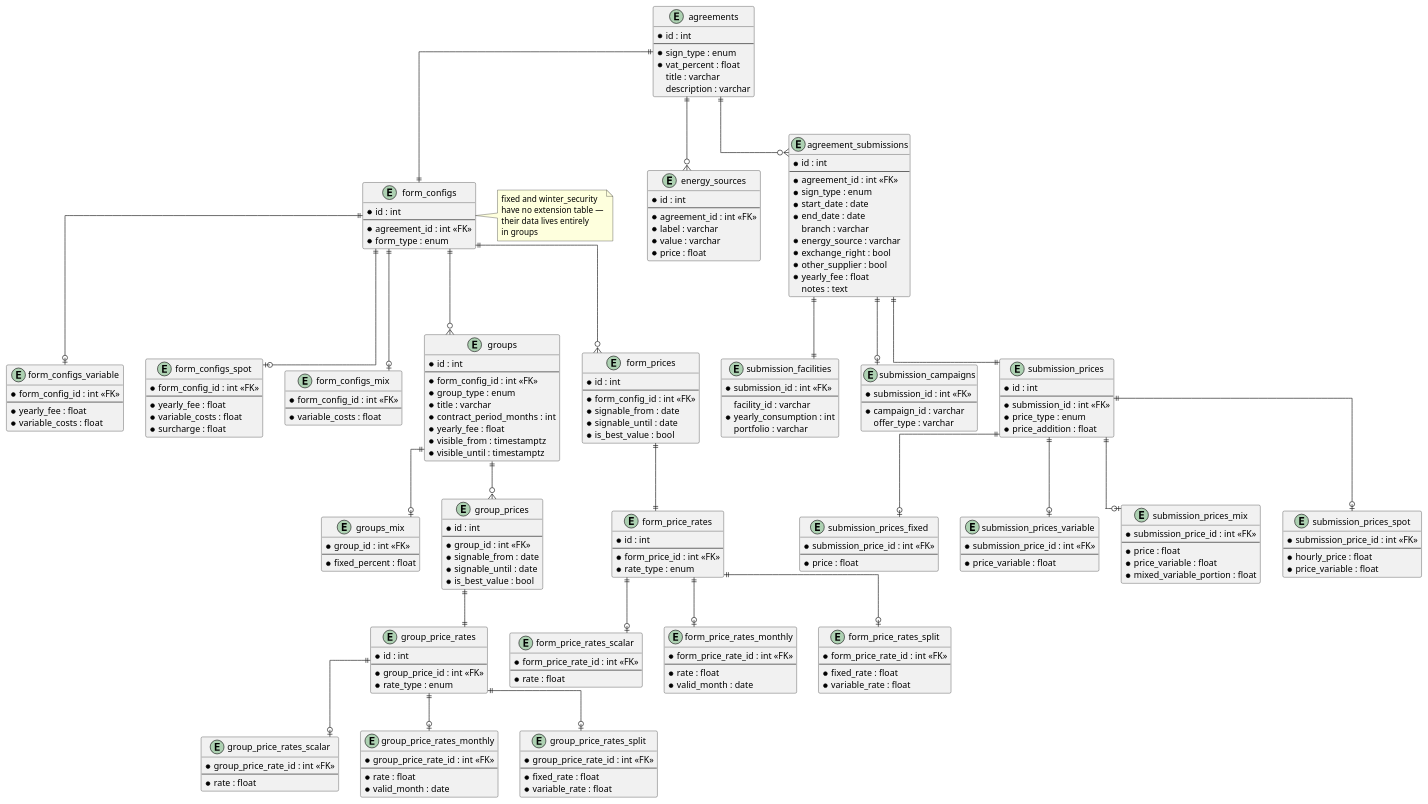
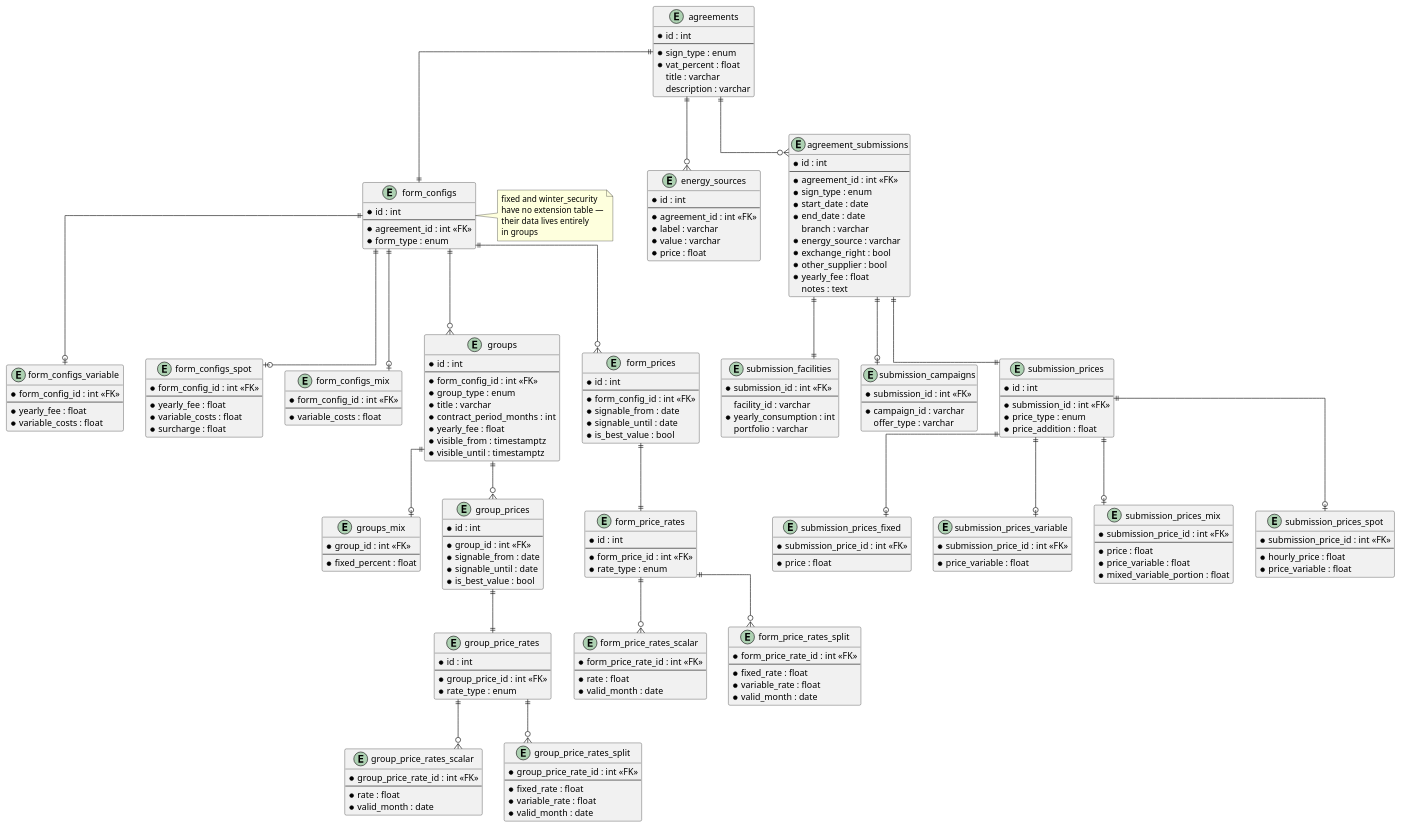
The diagram in architecture/database/diagram.puml (linusfri/glimr), drawn with PlantUML before and after one commit. The commit also changed 25 other files, not shown here.

```diff
--- a/architecture/database/diagram.puml
+++ b/architecture/database/diagram.puml
@@ -132,23 +132,17 @@
   * id : int
   --
   * form_price_id : int <<FK>>
-  * rate_type : enum  /' single|monthly|split '/
+  * rate_type : enum  /' scalar|split '/
 }
 
 entity group_price_rates {
   * id : int
   --
   * group_price_id : int <<FK>>
-  * rate_type : enum  /' single|monthly|split '/
+  * rate_type : enum  /' scalar|split '/
 }
 
 entity form_price_rates_scalar {
-  * form_price_rate_id : int <<FK>>
-  --
-  * rate : float
-}
-
-entity form_price_rates_monthly {
   * form_price_rate_id : int <<FK>>
   --
   * rate : float
@@ -160,15 +154,10 @@
   --
   * fixed_rate : float
   * variable_rate : float
+  * valid_month : date
 }
 
 entity group_price_rates_scalar {
-  * group_price_rate_id : int <<FK>>
-  --
-  * rate : float
-}
-
-entity group_price_rates_monthly {
   * group_price_rate_id : int <<FK>>
   --
   * rate : float
@@ -180,16 +169,15 @@
   --
   * fixed_rate : float
   * variable_rate : float
+  * valid_month : date
 }
 
 form_prices ||--|| form_price_rates
 group_prices ||--|| group_price_rates
-form_price_rates ||--o| form_price_rates_scalar
-form_price_rates ||--o| form_price_rates_monthly
-form_price_rates ||--o| form_price_rates_split
-group_price_rates ||--o| group_price_rates_scalar
-group_price_rates ||--o| group_price_rates_monthly
-group_price_rates ||--o| group_price_rates_split
+form_price_rates ||--o{ form_price_rates_scalar
+form_price_rates ||--o{ form_price_rates_split
+group_price_rates ||--o{ group_price_rates_scalar
+group_price_rates ||--o{ group_price_rates_split
 
 ' ─────────────────────────────────────────────
 ' AGREEMENT SUBMISSIONS
```
